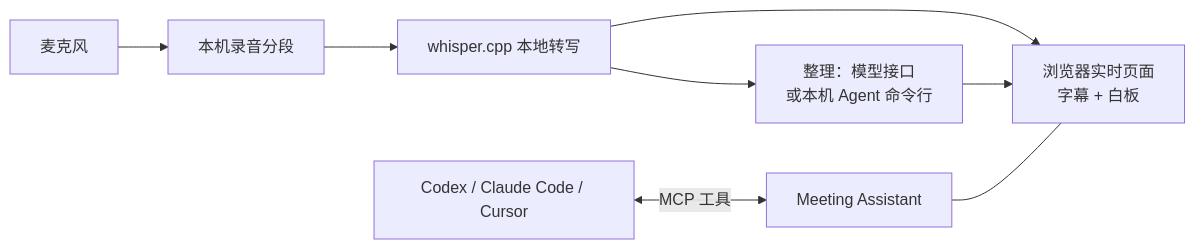
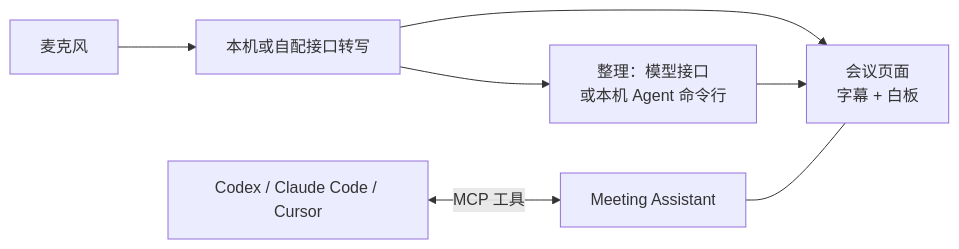
The diagram in README.md (JacobeanJiang/meeting-plugin), drawn with Mermaid before and after one commit. The commit also changed other lines of this file and 2 other files, not shown here.

````diff
--- a/README.md
+++ b/README.md
@@ -39,8 +174,8 @@
 ```mermaid
 flowchart LR
-  Mic["麦克风"] --> Rec["本机录音分段"] --> ASR["whisper.cpp 本地转写"]
-  ASR --> Page["浏览器实时页面<br/>字幕 + 白板"]
+  Mic["麦克风"] --> ASR["本机或自配接口转写"]
+  ASR --> Page["会议页面<br/>字幕 + 白板"]
   ASR --> LLM["整理：模型接口<br/>或本机 Agent 命令行"] --> Page
   Agent["Codex / Claude Code / Cursor"] <-->|"MCP 工具"| Server["Meeting Assistant"]
   Server --- Page
 ```
````
